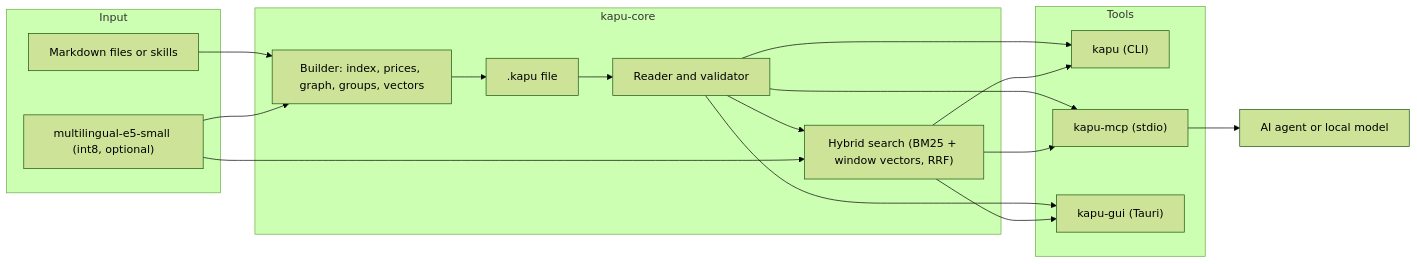
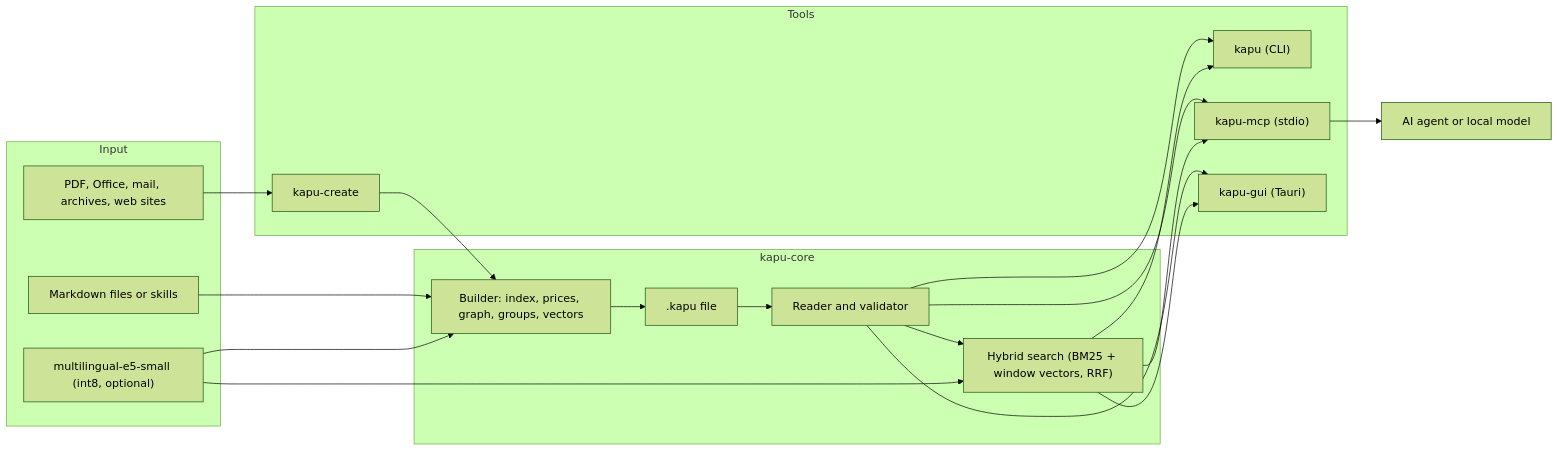
The diagram in README.md (piszabolcs/kapu), drawn with Mermaid (forest theme) before and after one commit. The commit also changed other lines of this file and 26 other files, not shown here.

````diff
--- a/README.md
+++ b/README.md
@@ -310,25 +340,28 @@
 ```mermaid
 flowchart LR
   subgraph Input
     MD["Markdown files or skills"]
+    DOC["PDF, Office, mail, archives, web sites"]
     MOD["multilingual-e5-small (int8, optional)"]
   end
   subgraph Core["kapu-core"]
     B["Builder: index, prices, graph, groups, vectors"]
     F[".kapu file"]
     R["Reader and validator"]
     S["Hybrid search (BM25 + window vectors, RRF)"]
   end
   subgraph Tools
+    CR["kapu-create"]
     CLI["kapu (CLI)"]
     MCP["kapu-mcp (stdio)"]
     GUI["kapu-gui (Tauri)"]
   end
   AG["AI agent or local model"]
   MD --> B --> F --> R --> S
+  DOC --> CR --> B
   MOD --> B
   MOD --> S
   R --> CLI & MCP & GUI
   S --> CLI & MCP & GUI
   MCP --> AG
 ```
````
